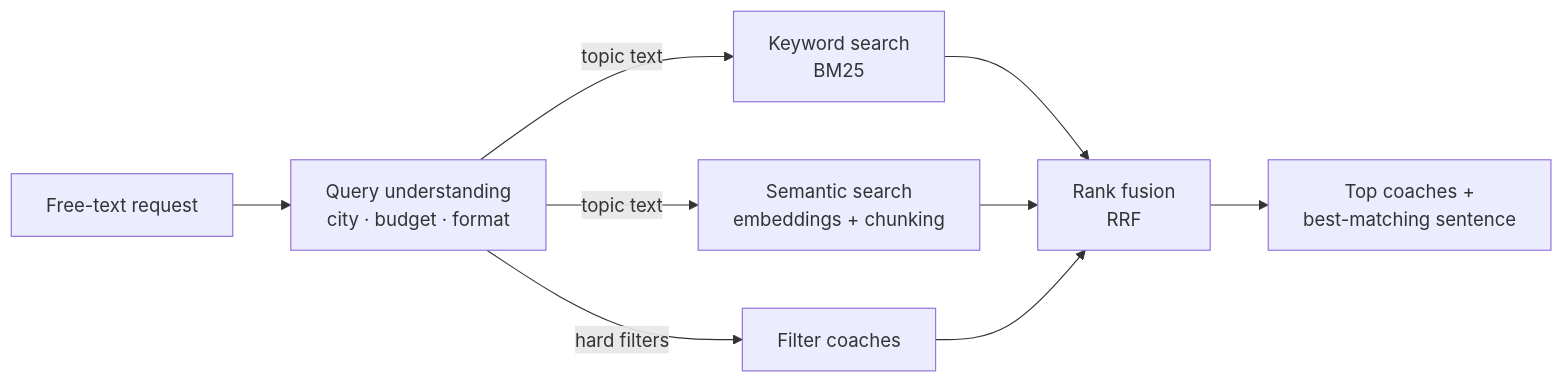
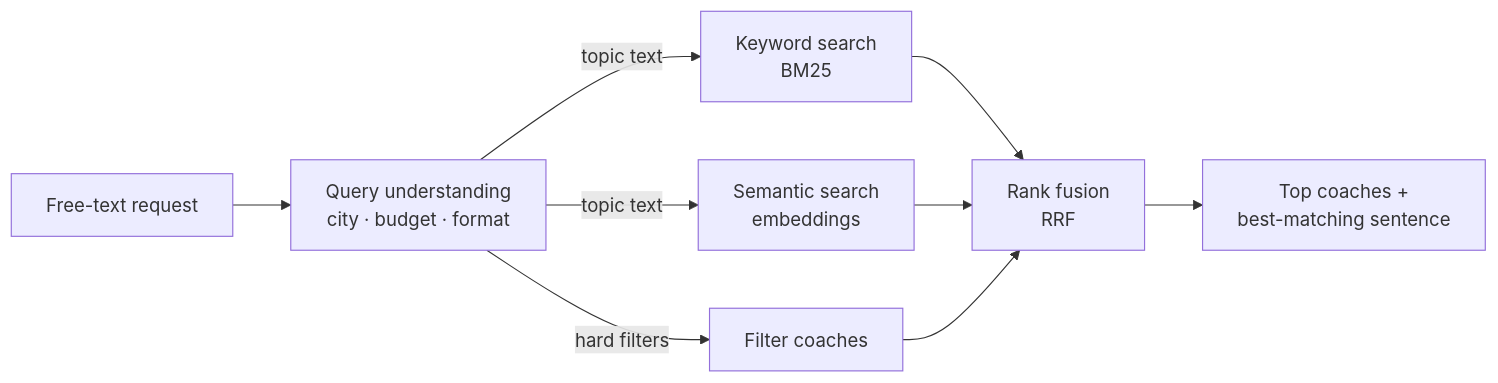
One commit to Viswas-Vinayakumar/AI-search changed the diagram in README.md. Above: the diagram before and after it, drawn with Mermaid. The commit also changed other lines of this file, not shown here.

````diff
--- a/README.md
+++ b/README.md
@@ -13,11 +13,11 @@
 ```mermaid
 flowchart LR
   Q[Free-text request] --> P[Query understanding<br/>city · budget · format]
   P -->|hard filters| F[Filter coaches]
   P -->|topic text| K[Keyword search<br/>BM25]
-  P -->|topic text| V[Semantic search<br/>embeddings + chunking]
+  P -->|topic text| V[Semantic search<br/>embeddings]
   K --> R[Rank fusion<br/>RRF]
   V --> R
   F --> R
   R --> E[Top coaches +<br/>best-matching sentence]
 ```
````
